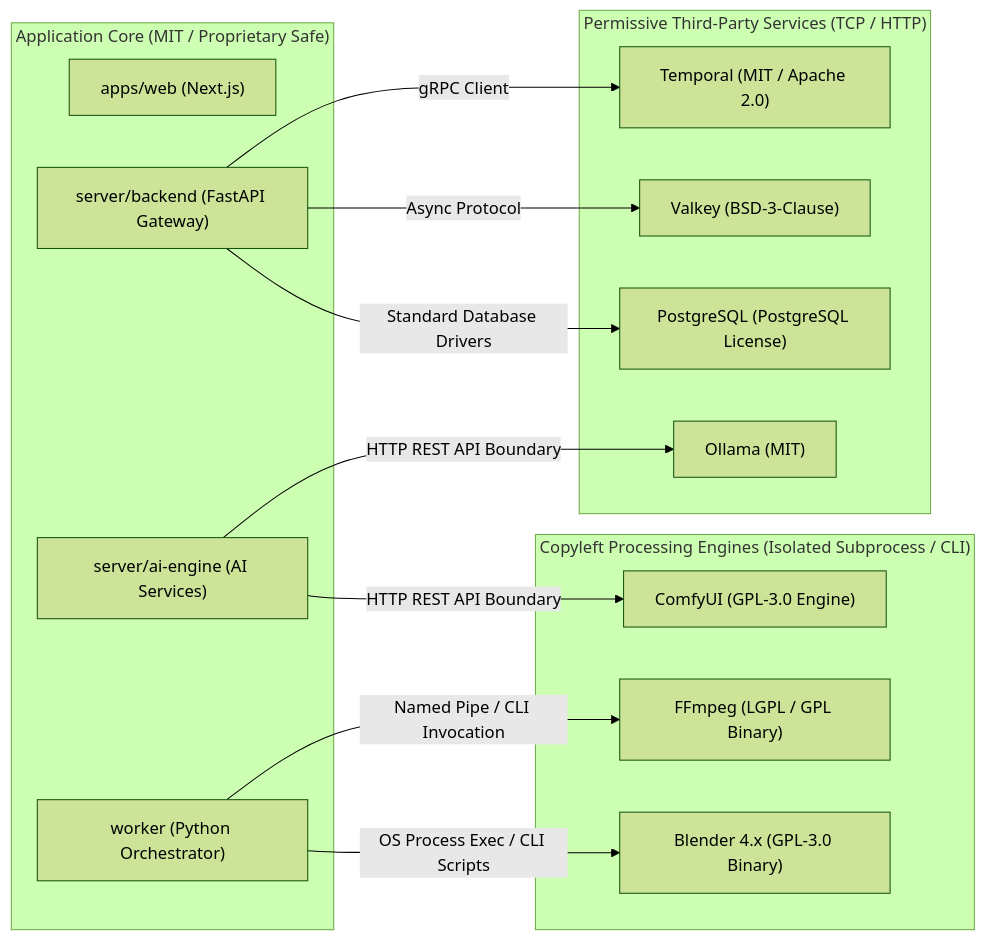
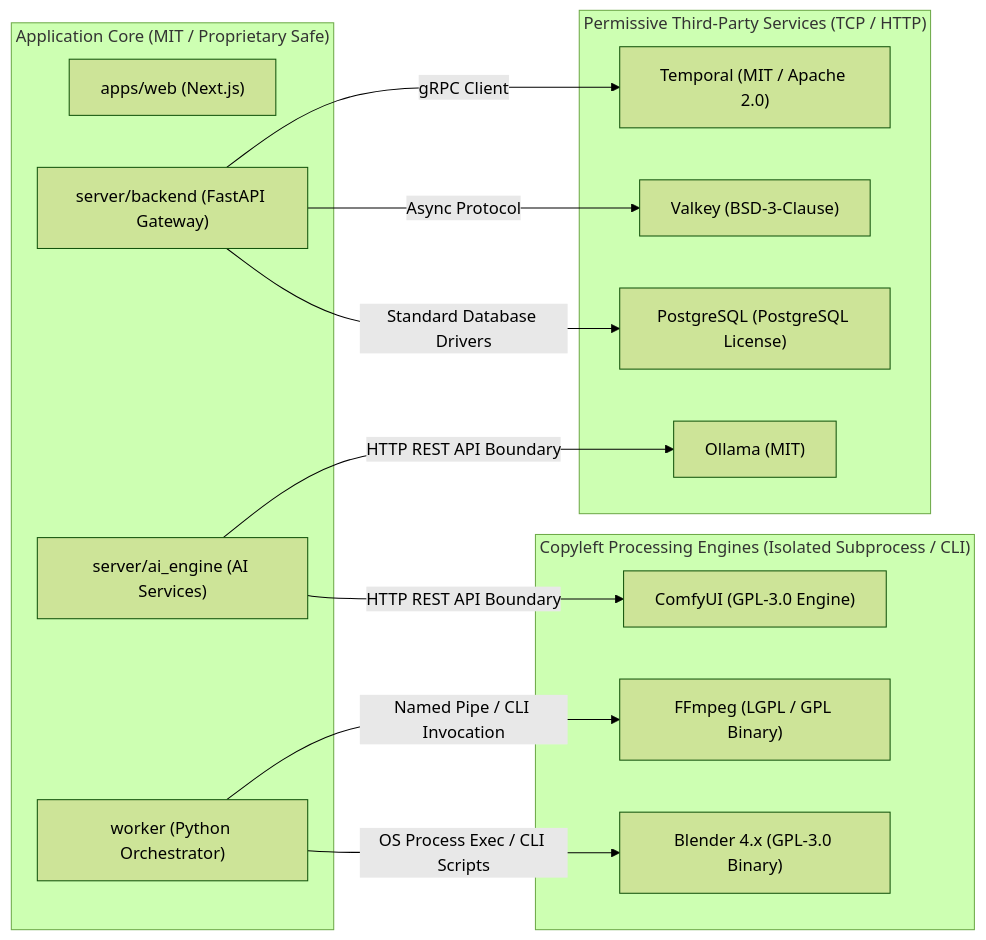
One commit to hoanglong2206/Video-Tool changed the second of 4 diagrams in docs/architecture/TECH_STACK.md. Above: the diagram before and after it, drawn with Mermaid (forest theme). The commit also changed 8 other files, not shown here.

First line of the commit message:
docs(server/ai_engine): replace ai-engine references with ai_engine across documentation

````diff
--- a/docs/architecture/TECH_STACK.md
+++ b/docs/architecture/TECH_STACK.md
@@ -103,30 +103,30 @@
 ```mermaid
 flowchart LR
     subgraph ProprietaryCore ["Application Core (MIT / Proprietary Safe)"]
         WebCode["apps/web (Next.js)"]
         BackendCode["server/backend (FastAPI Gateway)"]
-        AIEngineCode["server/ai-engine (AI Services)"]
+        AIEngineCode["server/ai_engine (AI Services)"]
         WorkerCode["worker (Python Orchestrator)"]
     end
 
     subgraph PermissiveServices ["Permissive Third-Party Services (TCP / HTTP)"]
         PostgresService["PostgreSQL (PostgreSQL License)"]
         ValkeyService["Valkey (BSD-3-Clause)"]
         TemporalService["Temporal (MIT / Apache 2.0)"]
         OllamaService["Ollama (MIT)"]
     end
 
     subgraph CopyleftEngines ["Copyleft Processing Engines (Isolated Subprocess / CLI)"]
         BlenderBin["Blender 4.x (GPL-3.0 Binary)"]
         ComfyUIBin["ComfyUI (GPL-3.0 Engine)"]
         FFmpegBin["FFmpeg (LGPL / GPL Binary)"]
     end
 
     BackendCode -->|Standard Database Drivers| PostgresService
     BackendCode -->|Async Protocol| ValkeyService
     BackendCode -->|gRPC Client| TemporalService
     AIEngineCode -->|HTTP REST API Boundary| ComfyUIBin
     AIEngineCode -->|HTTP REST API Boundary| OllamaService
     WorkerCode -->|OS Process Exec / CLI Scripts| BlenderBin
     WorkerCode -->|Named Pipe / CLI Invocation| FFmpegBin
 ```
````
